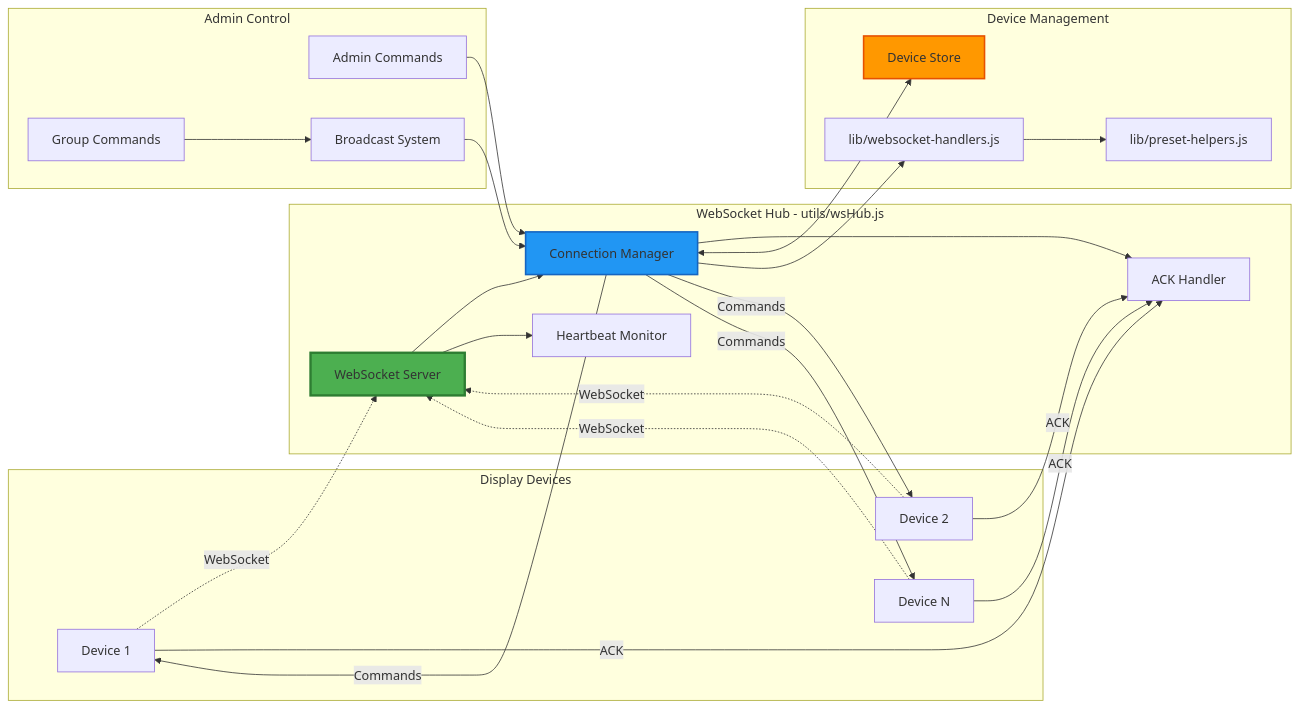
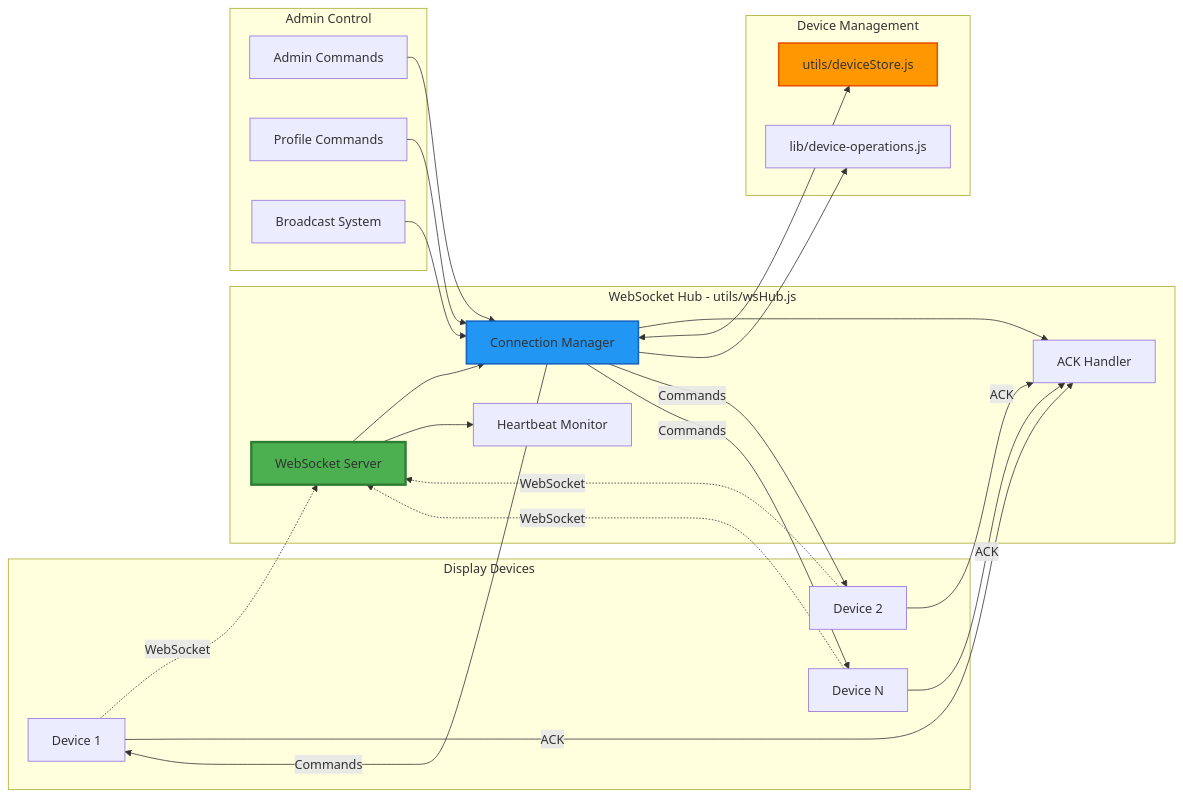
The third of 11 diagrams in docs/ARCHITECTURE-DIAGRAMS.md (Posterrama/posterrama), drawn with Mermaid before and after one commit. The commit also changed other lines of this file and 14 other files, not shown here.

````diff
--- a/docs/ARCHITECTURE-DIAGRAMS.md
+++ b/docs/ARCHITECTURE-DIAGRAMS.md
@@ -193,55 +193,53 @@
 ```mermaid
 graph LR
  subgraph "Display Devices"
  D1[Device 1]
  D2[Device 2]
  D3[Device N]
  end
 
  subgraph "WebSocket Hub - utils/wsHub.js"
  WS[WebSocket Server]
  CM[Connection Manager]
  HB[Heartbeat Monitor]
  ACK[ACK Handler]
  end
 
  subgraph "Device Management"
- DS[Device Store]
- DH[lib/websocket-handlers.js]
- PR[lib/preset-helpers.js]
+ DS[utils/deviceStore.js]
+ DO[lib/device-operations.js]
  end
 
  subgraph "Admin Control"
  AC[Admin Commands]
- GC[Group Commands]
+ PC[Profile Commands]
  BC[Broadcast System]
  end
 
  D1 -.WebSocket.-> WS
  D2 -.WebSocket.-> WS
  D3 -.WebSocket.-> WS
 
  WS --> CM
  WS --> HB
  CM --> ACK
 
  CM <--> DS
- CM --> DH
- DH --> PR
+ CM --> DO
 
  AC --> CM
- GC --> BC
+ PC --> CM
  BC --> CM
 
  CM --> |Commands| D1
  CM --> |Commands| D2
  CM --> |Commands| D3
 
  D1 --> |ACK| ACK
  D2 --> |ACK| ACK
  D3 --> |ACK| ACK
 
  style WS fill:#4CAF50,stroke:#2E7D32,stroke-width:3px
  style CM fill:#2196F3,stroke:#1565C0,stroke-width:2px
  style DS fill:#FF9800,stroke:#E65100,stroke-width:2px
 ```
````
